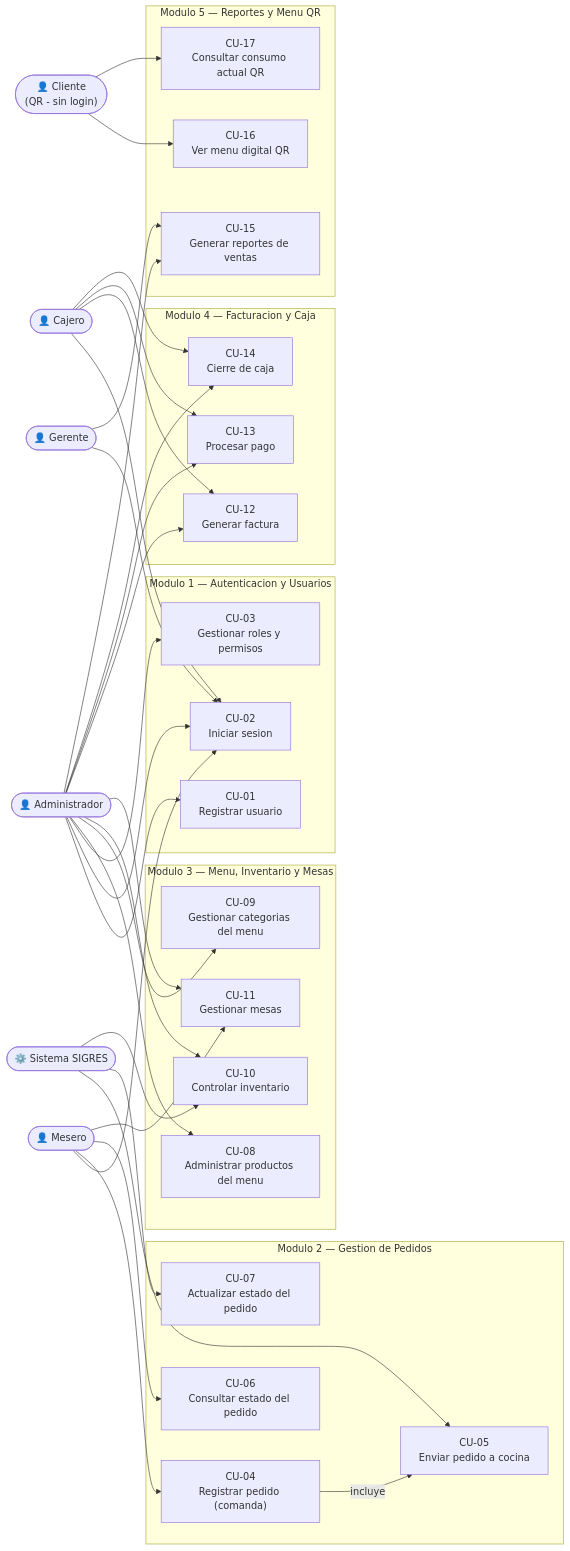
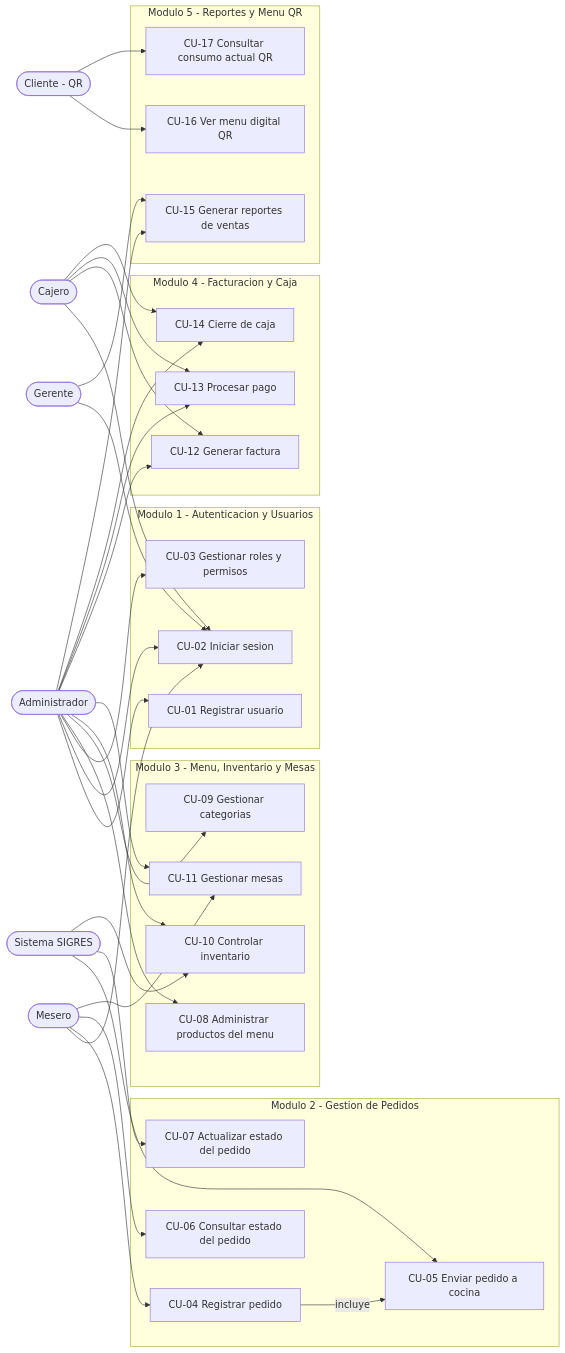
Before and after one commit to josephchurta2009-arch/ADSO-3413974: the diagram in 03-execute/27-week/02-optional-activity/Producto-1/diagrama-casos-de-uso.md, drawn with Mermaid. The commit also changed other lines of this file, not shown here.

Commit message:
docs(G1-P1): limpiar diagrama CU - eliminar emoticonos

````diff
--- a/03-execute/27-week/02-optional-activity/Producto-1/diagrama-casos-de-uso.md
+++ b/03-execute/27-week/02-optional-activity/Producto-1/diagrama-casos-de-uso.md
@@ -24,81 +24,74 @@
 ```mermaid
 flowchart LR
-    %% Actores
-    Admin(["👤 Administrador"])
-    Mesero(["👤 Mesero"])
-    Cajero(["👤 Cajero"])
-    Gerente(["👤 Gerente"])
-    Cliente(["👤 Cliente\n(QR - sin login)"])
-    Sistema(["⚙️ Sistema SIGRES"])
+    Admin(["Administrador"])
+    Mesero(["Mesero"])
+    Cajero(["Cajero"])
+    Gerente(["Gerente"])
+    Cliente(["Cliente - QR"])
+    Sistema(["Sistema SIGRES"])
 
-    subgraph M1["Modulo 1 — Autenticacion y Usuarios"]
-        CU01["CU-01\nRegistrar usuario"]
-        CU02["CU-02\nIniciar sesion"]
-        CU03["CU-03\nGestionar roles y permisos"]
+    subgraph M1["Modulo 1 - Autenticacion y Usuarios"]
+        CU01["CU-01 Registrar usuario"]
+        CU02["CU-02 Iniciar sesion"]
+        CU03["CU-03 Gestionar roles y permisos"]
     end
 
-    subgraph M2["Modulo 2 — Gestion de Pedidos"]
-        CU04["CU-04\nRegistrar pedido (comanda)"]
-        CU05["CU-05\nEnviar pedido a cocina"]
-        CU06["CU-06\nConsultar estado del pedido"]
-        CU07["CU-07\nActualizar estado del pedido"]
+    subgraph M2["Modulo 2 - Gestion de Pedidos"]
+        CU04["CU-04 Registrar pedido"]
+        CU05["CU-05 Enviar pedido a cocina"]
+        CU06["CU-06 Consultar estado del pedido"]
+        CU07["CU-07 Actualizar estado del pedido"]
     end
 
-    subgraph M3["Modulo 3 — Menu, Inventario y Mesas"]
-        CU08["CU-08\nAdministrar productos del menu"]
-        CU09["CU-09\nGestionar categorias del menu"]
-        CU10["CU-10\nControlar inventario"]
-        CU11["CU-11\nGestionar mesas"]
+    subgraph M3["Modulo 3 - Menu, Inventario y Mesas"]
+        CU08["CU-08 Administrar productos del menu"]
+        CU09["CU-09 Gestionar categorias"]
+        CU10["CU-10 Controlar inventario"]
+        CU11["CU-11 Gestionar mesas"]
     end
 
-    subgraph M4["Modulo 4 — Facturacion y Caja"]
-        CU12["CU-12\nGenerar factura"]
-        CU13["CU-13\nProcesar pago"]
-        CU14["CU-14\nCierre de caja"]
+    subgraph M4["Modulo 4 - Facturacion y Caja"]
+        CU12["CU-12 Generar factura"]
+        CU13["CU-13 Procesar pago"]
+        CU14["CU-14 Cierre de caja"]
     end
 
-    subgraph M5["Modulo 5 — Reportes y Menu QR"]
-        CU15["CU-15\nGenerar reportes de ventas"]
-        CU16["CU-16\nVer menu digital QR"]
-        CU17["CU-17\nConsultar consumo actual QR"]
+    subgraph M5["Modulo 5 - Reportes y Menu QR"]
+        CU15["CU-15 Generar reportes de ventas"]
+        CU16["CU-16 Ver menu digital QR"]
+        CU17["CU-17 Consultar consumo actual QR"]
     end
 
-    %% Administrador
     Admin --> CU01
     Admin --> CU02
     Admin --> CU03
     Admin --> CU08
     Admin --> CU09
     Admin --> CU10
     Admin --> CU11
     Admin --> CU12
     Admin --> CU13
     Admin --> CU14
     Admin --> CU15
 
-    %% Mesero
     Mesero --> CU02
     Mesero --> CU04
     Mesero --> CU06
     Mesero --> CU11
 
-    %% Cajero
     Cajero --> CU02
     Cajero --> CU12
     Cajero --> CU13
     Cajero --> CU14
 
-    %% Gerente
     Gerente --> CU02
     Gerente --> CU15
 
-    %% Cliente (sin autenticacion)
     Cliente --> CU16
     Cliente --> CU17
 
-    %% Sistema SIGRES (automatico)
     CU04 -->|incluye| CU05
     Sistema --> CU05
     Sistema --> CU07
     Sistema --> CU10
 ```
````
